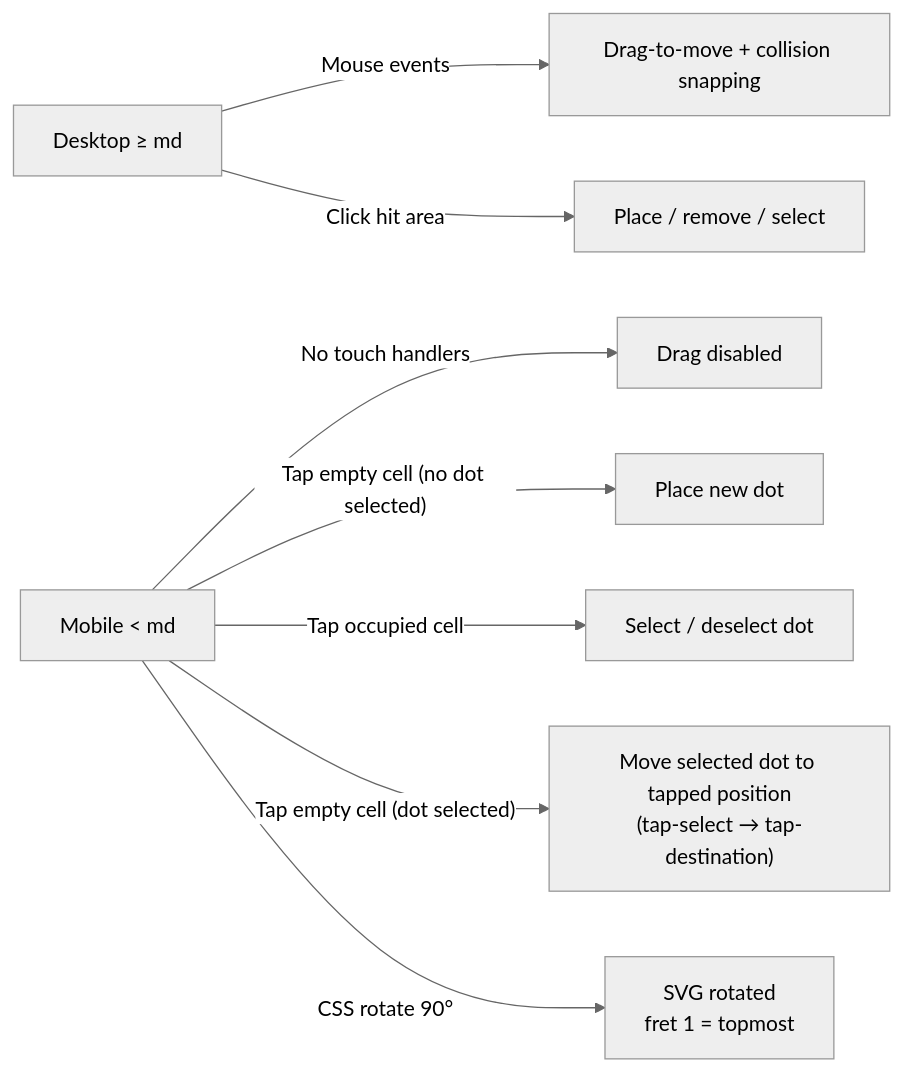
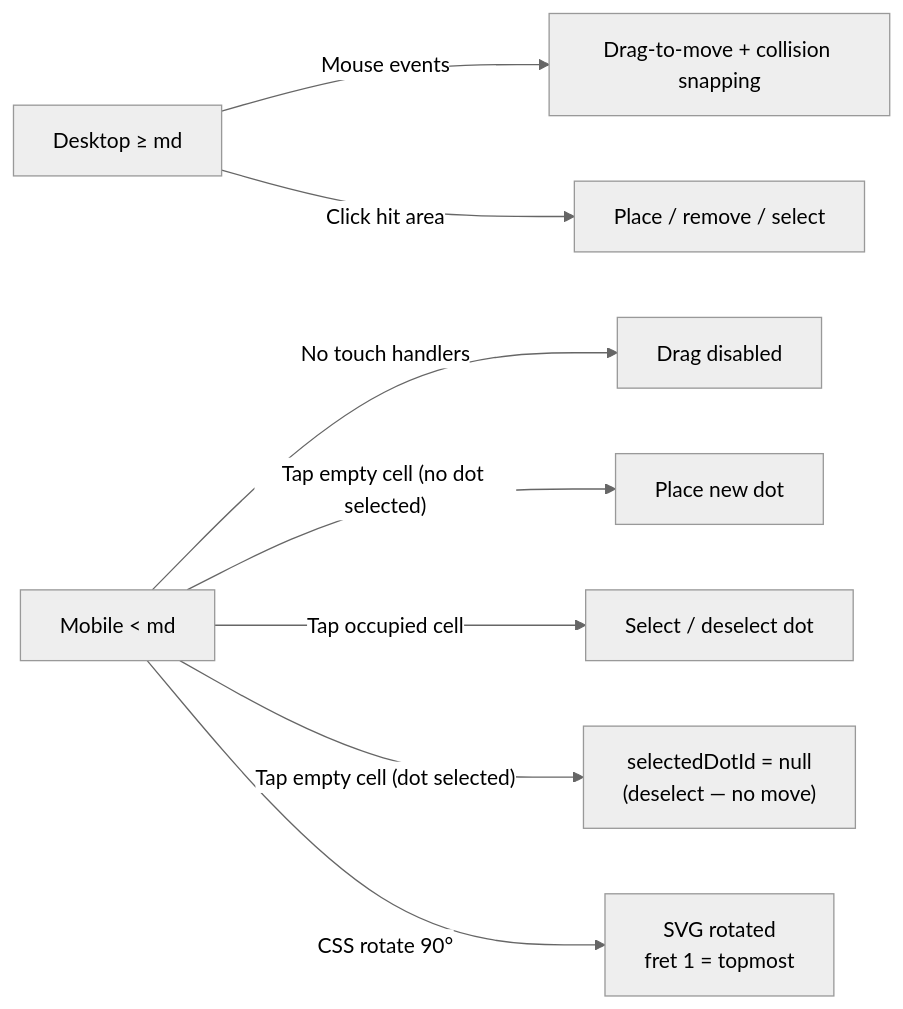
Diagram 18 of 18 in _dev/_teaching-tools/_custom-fretboard/CUSTOM_FRETBOARD_DIAGRAM.md (Cassen999/basscore), drawn with Mermaid (neutral theme) before and after one commit. The commit also changed other lines of this file and 14 other files, not shown here.

````diff
--- a/_dev/_teaching-tools/_custom-fretboard/CUSTOM_FRETBOARD_DIAGRAM.md
+++ b/_dev/_teaching-tools/_custom-fretboard/CUSTOM_FRETBOARD_DIAGRAM.md
@@ -543,13 +544,13 @@
 ```mermaid
 flowchart LR
     D["Desktop ≥ md"]
     M["Mobile < md"]
 
     D -->|"Mouse events"| DR["Drag-to-move + collision snapping"]
     D -->|"Click hit area"| P["Place / remove / select"]
     M -->|"No touch handlers"| ND["Drag disabled"]
     M -->|"Tap empty cell (no dot selected)"| P2["Place new dot"]
     M -->|"Tap occupied cell"| SEL2["Select / deselect dot"]
-    M -->|"Tap empty cell (dot selected)"| MV["Move selected dot to tapped position\n(tap-select → tap-destination)"]
+    M -->|"Tap empty cell (dot selected)"| MV["selectedDotId = null\n(deselect — no move)"]
     M -->|"CSS rotate 90°"| ROT["SVG rotated\nfret 1 = topmost"]
 ```
````
